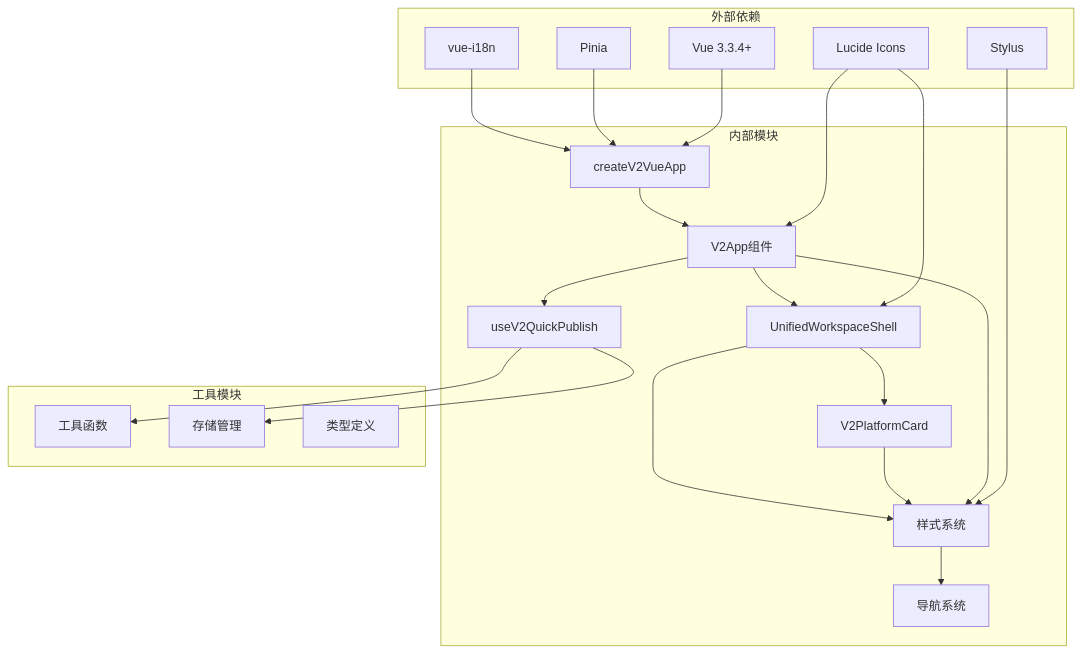
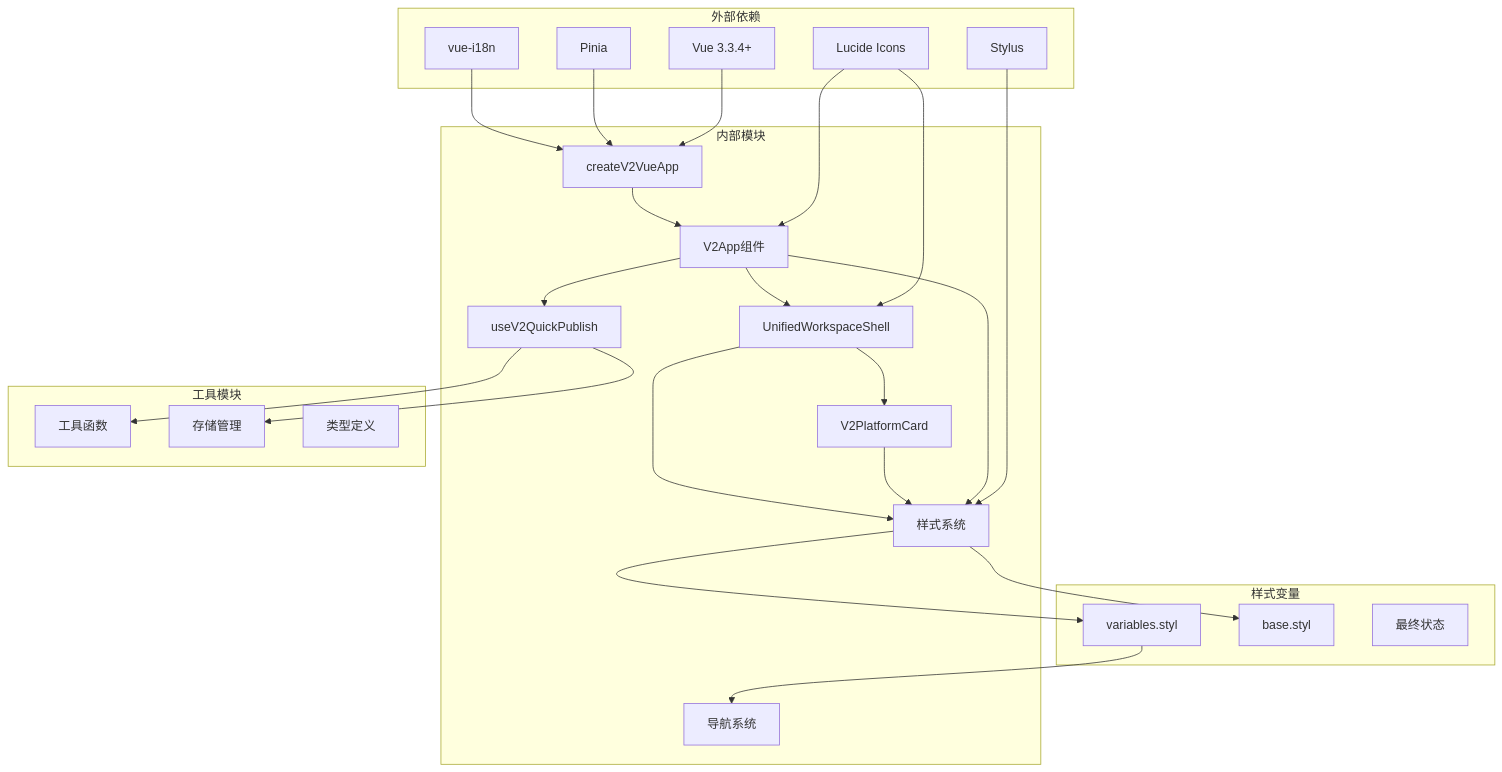
One commit to terwer/siyuan-plugin-publisher changed diagram 11 of 11 in .qoder/repowiki/zh/content/用户界面组件/UI V2 设计原则.md. Above: the diagram before and after it, drawn with Mermaid. The commit also changed other lines of this file and 25 other files, not shown here.

````diff
--- a/.qoder/repowiki/zh/content/用户界面组件/UI V2 设计原则.md
+++ b/.qoder/repowiki/zh/content/用户界面组件/UI V2 设计原则.md
@@ -442,40 +532,47 @@
 ```mermaid
 graph TD
 subgraph "外部依赖"
 Vue[Vue 3.3.4+]
 Pinia[Pinia]
 I18n[vue-i18n]
 Stylus[Stylus]
 Icons[Lucide Icons]
 end
 subgraph "内部模块"
 CreateApp[createV2VueApp]
 V2App[V2App组件]
 Shell[UnifiedWorkspaceShell]
 PlatformCard[V2PlatformCard]
 QuickPublish[useV2QuickPublish]
 Styles[样式系统]
 Navigation[导航系统]
 end
 subgraph "工具模块"
 Utils[工具函数]
 Stores[存储管理]
 Types[类型定义]
 end
+subgraph "样式变量"
+Variables[variables.styl]
+Base[base.styl]
+EndState[最终状态]
+end
 Vue --> CreateApp
 Pinia --> CreateApp
 I18n --> CreateApp
 Stylus --> Styles
 Icons --> V2App
 Icons --> Shell
 CreateApp --> V2App
 V2App --> Shell
 V2App --> QuickPublish
 Shell --> PlatformCard
 QuickPublish --> Utils
 QuickPublish --> Stores
 V2App --> Styles
 PlatformCard --> Styles
 Shell --> Styles
-Styles --> Navigation
+Styles --> Variables
+Styles --> Base
+Variables --> Navigation
 ```
````
